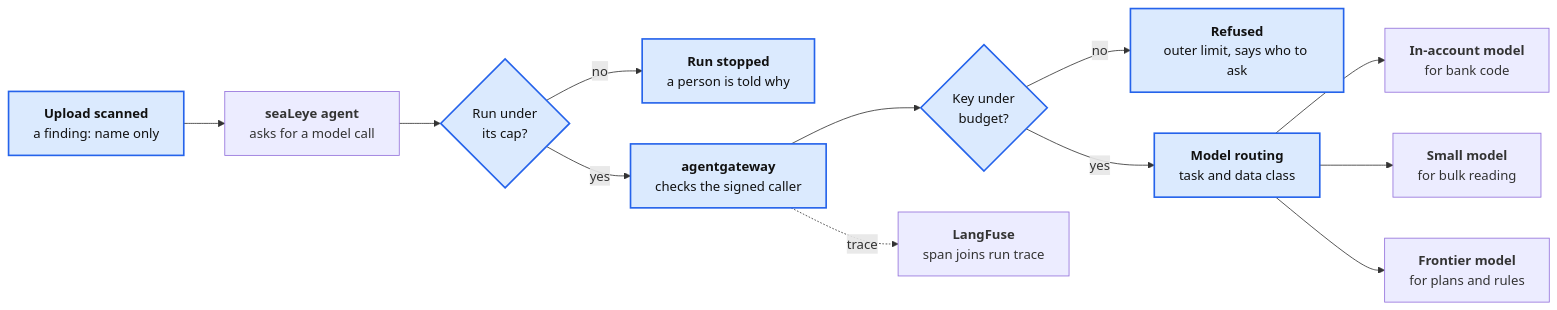
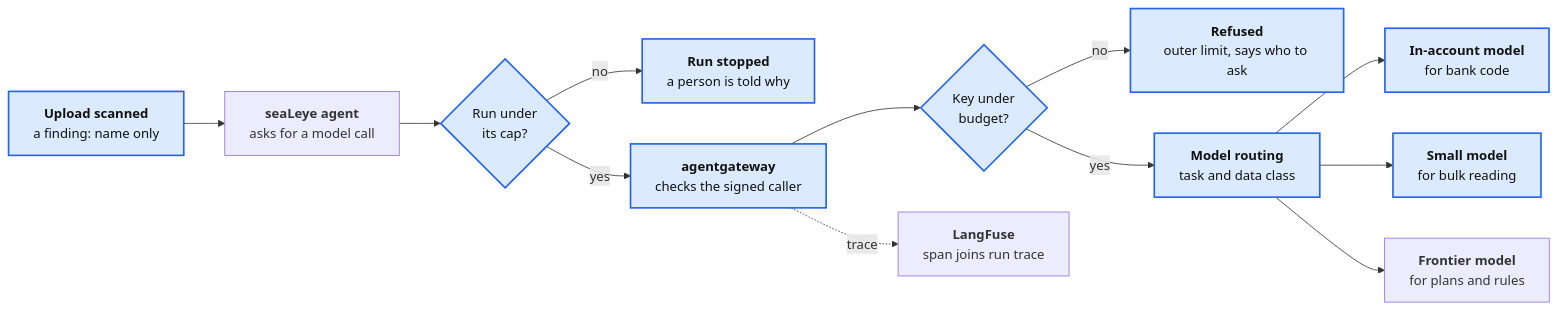
One commit to GregKliewer/sealeye changed the fourth of 11 diagrams in docs/BUILD-OUT.md. Above: the diagram before and after it, drawn with Mermaid. The commit also changed other lines of this file and 4 other files, not shown here.

````diff
--- a/docs/BUILD-OUT.md
+++ b/docs/BUILD-OUT.md
@@ -123,16 +123,16 @@
 ```mermaid
 flowchart LR
   upload["<b>Upload scanned</b><br/>a finding: name only"] --> agent["<b>seaLeye agent</b><br/>asks for a model call"]
   agent --> cap{"Run under<br/>its cap?"}
   cap -- no --> stop["<b>Run stopped</b><br/>a person is told why"]
   cap -- yes --> gw["<b>agentgateway</b><br/>checks the signed caller"]
   gw --> budget{"Key under<br/>budget?"}
   budget -- no --> outer["<b>Refused</b><br/>outer limit, says who to ask"]
   budget -- yes --> router["<b>Model routing</b><br/>task and data class"]
   router --> inacct["<b>In-account model</b><br/>for bank code"]
   router --> small["<b>Small model</b><br/>for bulk reading"]
   router --> frontier["<b>Frontier model</b><br/>for plans and rules"]
   gw -. trace .-> lf["<b>LangFuse</b><br/>span joins run trace"]
   classDef new fill:#dbeafe,stroke:#2563eb,stroke-width:2px,color:#111
-  class upload,cap,stop,gw,budget,outer,router new
+  class upload,cap,stop,gw,budget,outer,router,inacct,small new
 ```
````
